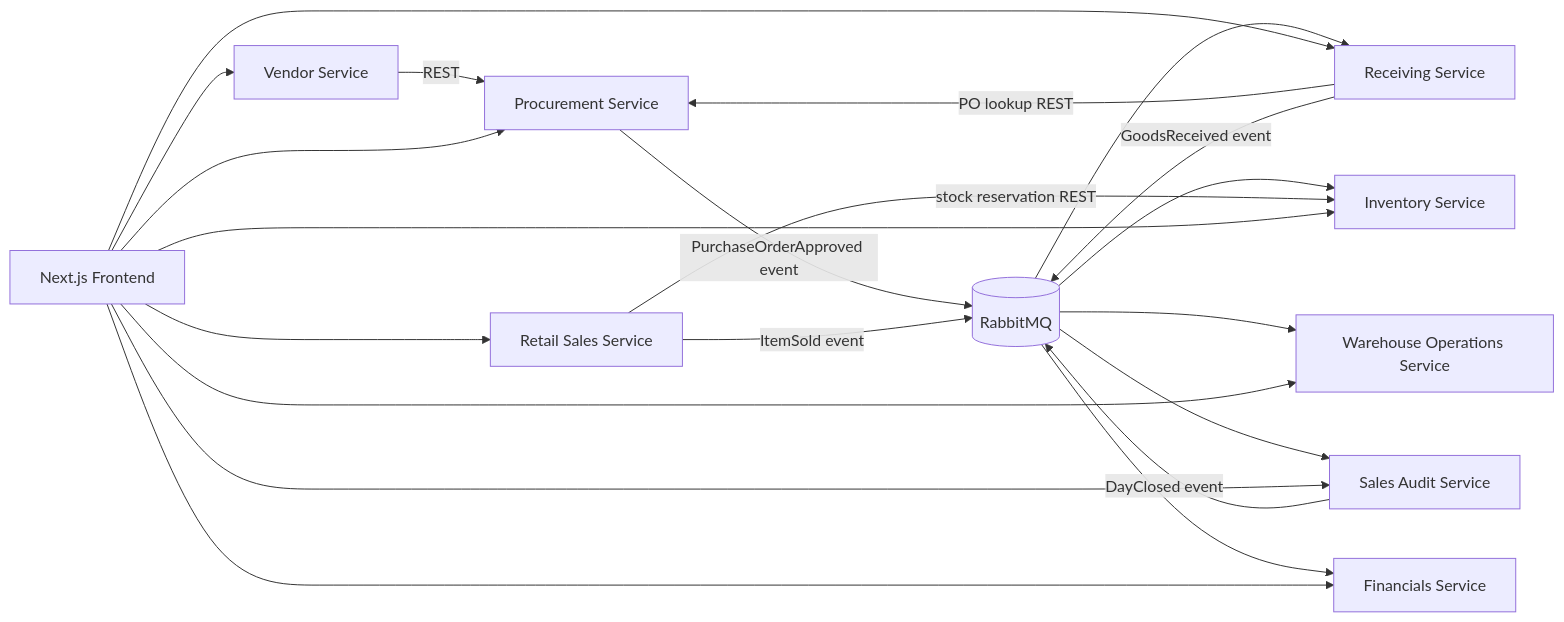
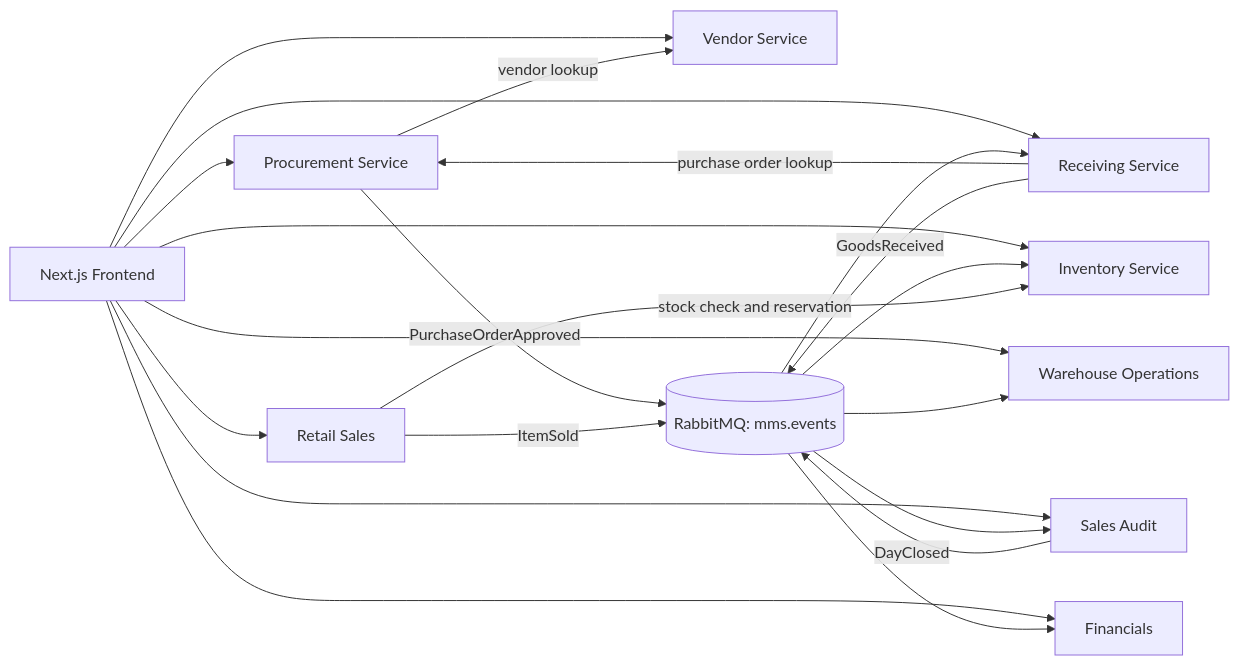
Before and after one commit to momanyidora/merchandising-funnel-automation: the diagram in README.md, drawn with Mermaid. The commit also changed other lines of this file and 10 other files, not shown here.

````diff
--- a/README.md
+++ b/README.md
@@ -7,23 +9,24 @@
 ```mermaid
 flowchart LR
-  Vendor[Vendor Service] -->|REST| Procurement[Procurement Service]
-  Procurement -->|PurchaseOrderApproved event| Bus[(RabbitMQ)]
-  Bus --> Receiving[Receiving Service]
-  Receiving -->|PO lookup REST| Procurement
-  Receiving -->|GoodsReceived event| Bus
-  Bus --> Inventory[Inventory Service]
-  Bus --> Warehouse[Warehouse Operations Service]
-  POS[Retail Sales Service] -->|stock reservation REST| Inventory
-  POS -->|ItemSold event| Bus
-  Bus --> Audit[Sales Audit Service]
-  Bus --> Finance[Financials Service]
-  Audit -->|DayClosed event| Bus
-  Web[Next.js Frontend] --> Vendor
-  Web --> Procurement
-  Web --> Inventory
-  Web --> Receiving
-  Web --> Warehouse
-  Web --> POS
-  Web --> Audit
-  Web --> Finance
+  Web[Next.js Frontend] --> Vendor[Vendor Service]
+  Web --> Procurement[Procurement Service]
+  Web --> Inventory[Inventory Service]
+  Web --> Receiving[Receiving Service]
+  Web --> Warehouse[Warehouse Operations]
+  Web --> Sales[Retail Sales]
+  Web --> Audit[Sales Audit]
+  Web --> Finance[Financials]
+
+  Procurement -->|vendor lookup| Vendor
+  Procurement -->|PurchaseOrderApproved| Bus[(RabbitMQ: mms.events)]
+  Bus --> Receiving
+  Receiving -->|purchase order lookup| Procurement
+  Receiving -->|GoodsReceived| Bus
+  Bus --> Inventory
+  Bus --> Warehouse
+  Sales -->|stock check and reservation| Inventory
+  Sales -->|ItemSold| Bus
+  Bus --> Audit
+  Bus --> Finance
+  Audit -->|DayClosed| Bus
 ```
````
